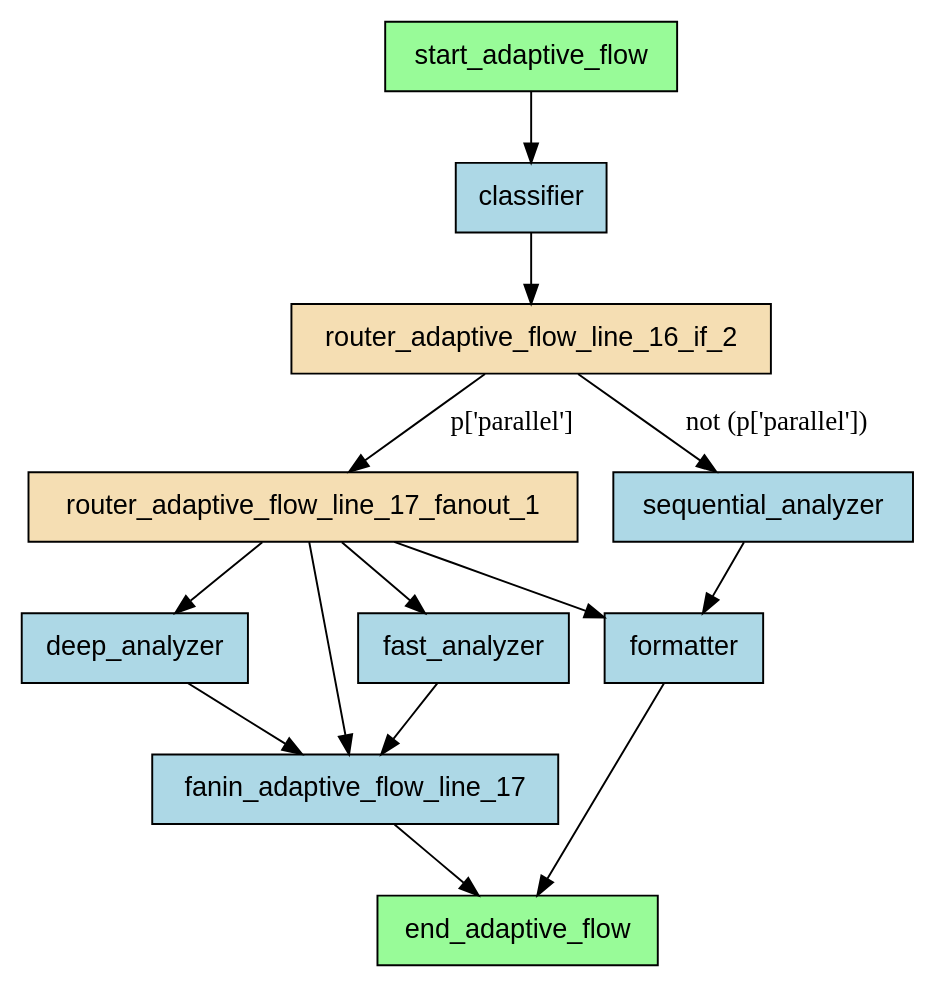
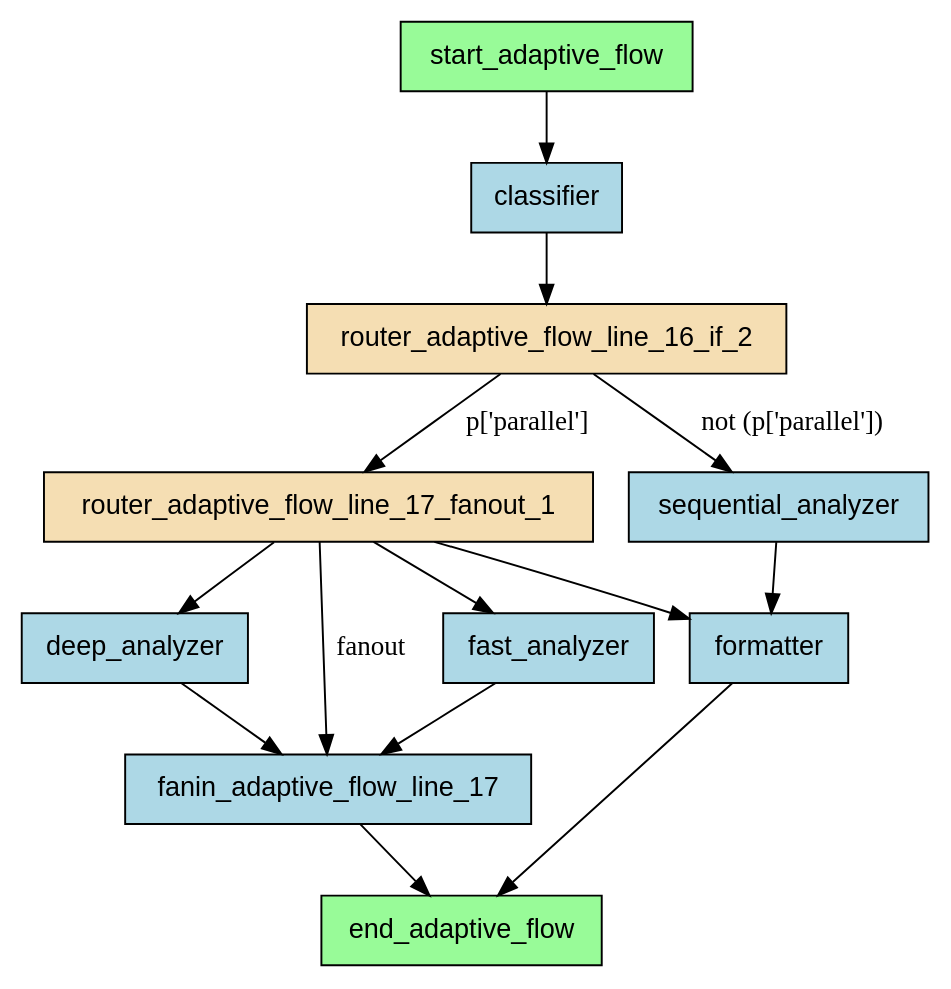
One commit to deliveryhero/asya changed the diagram in examples/flows/compiled/fanout_conditional/flow.dot. Above: the diagram before and after it, drawn with Graphviz. The commit also changed 79 other files, not shown here.

First line of the commit message:
feat(analyzer): add fanout labels to router-to-aggregator edges

```diff
--- a/examples/flows/compiled/fanout_conditional/flow.dot
+++ b/examples/flows/compiled/fanout_conditional/flow.dot
@@ -1,29 +1,29 @@
 digraph "fanout_conditional" {
     rankdir=TB;
     node [shape=box, style=filled, fontname="Helvetica"];
 
     classifier [label="classifier", fillcolor=lightblue];
     deep_analyzer [label="deep_analyzer", fillcolor=lightblue];
     end_adaptive_flow [label="end_adaptive_flow", fillcolor=palegreen];
     fanin_adaptive_flow_line_17 [label="fanin_adaptive_flow_line_17", fillcolor=lightblue];
     fast_analyzer [label="fast_analyzer", fillcolor=lightblue];
     formatter [label="formatter", fillcolor=lightblue];
     router_adaptive_flow_line_16_if_2 [label="router_adaptive_flow_line_16_if_2", fillcolor=wheat];
     router_adaptive_flow_line_17_fanout_1 [label="router_adaptive_flow_line_17_fanout_1", fillcolor=wheat];
     sequential_analyzer [label="sequential_analyzer", fillcolor=lightblue];
     start_adaptive_flow [label="start_adaptive_flow", fillcolor=palegreen];
 
     start_adaptive_flow -> classifier;
     classifier -> router_adaptive_flow_line_16_if_2;
-    router_adaptive_flow_line_17_fanout_1 -> fanin_adaptive_flow_line_17;
+    router_adaptive_flow_line_17_fanout_1 -> fanin_adaptive_flow_line_17 [label="fanout"];
     router_adaptive_flow_line_17_fanout_1 -> fast_analyzer;
     fast_analyzer -> fanin_adaptive_flow_line_17;
     router_adaptive_flow_line_17_fanout_1 -> deep_analyzer;
     deep_analyzer -> fanin_adaptive_flow_line_17;
     router_adaptive_flow_line_16_if_2 -> router_adaptive_flow_line_17_fanout_1 [label="p['parallel']"];
     router_adaptive_flow_line_17_fanout_1 -> formatter;
     router_adaptive_flow_line_16_if_2 -> sequential_analyzer [label="not (p['parallel'])"];
     sequential_analyzer -> formatter;
     fanin_adaptive_flow_line_17 -> end_adaptive_flow;
     formatter -> end_adaptive_flow;
 }
```
